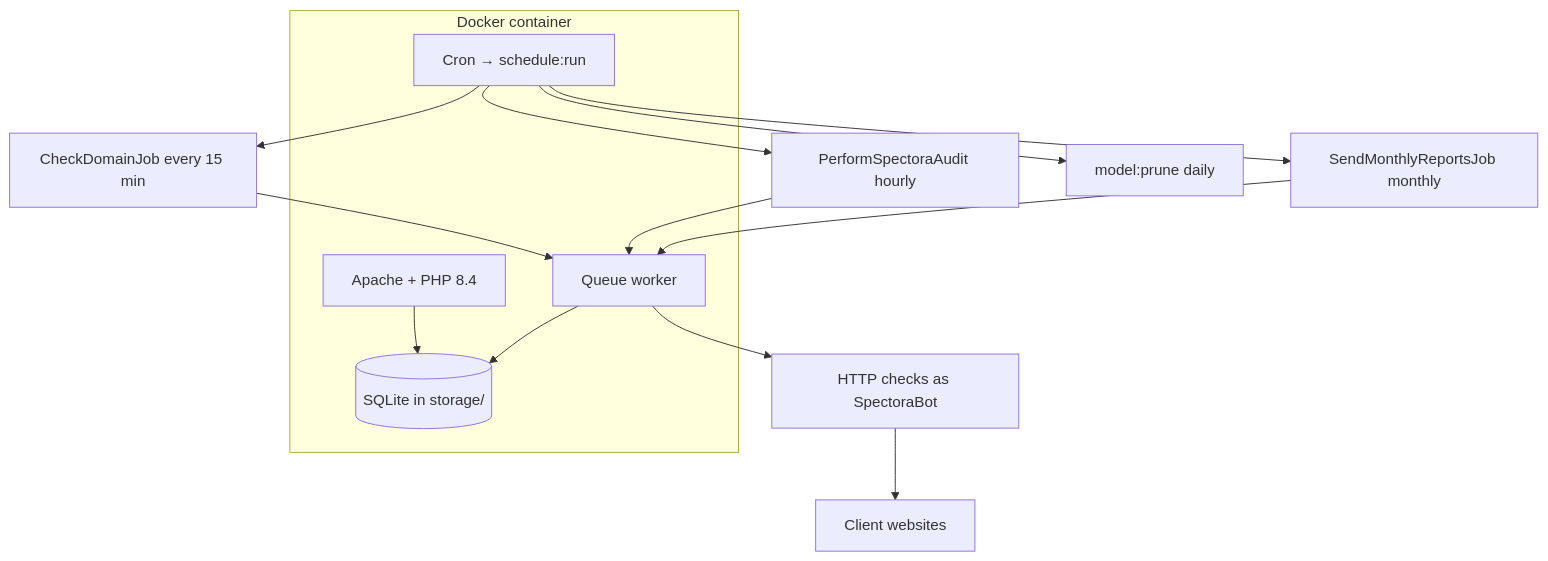
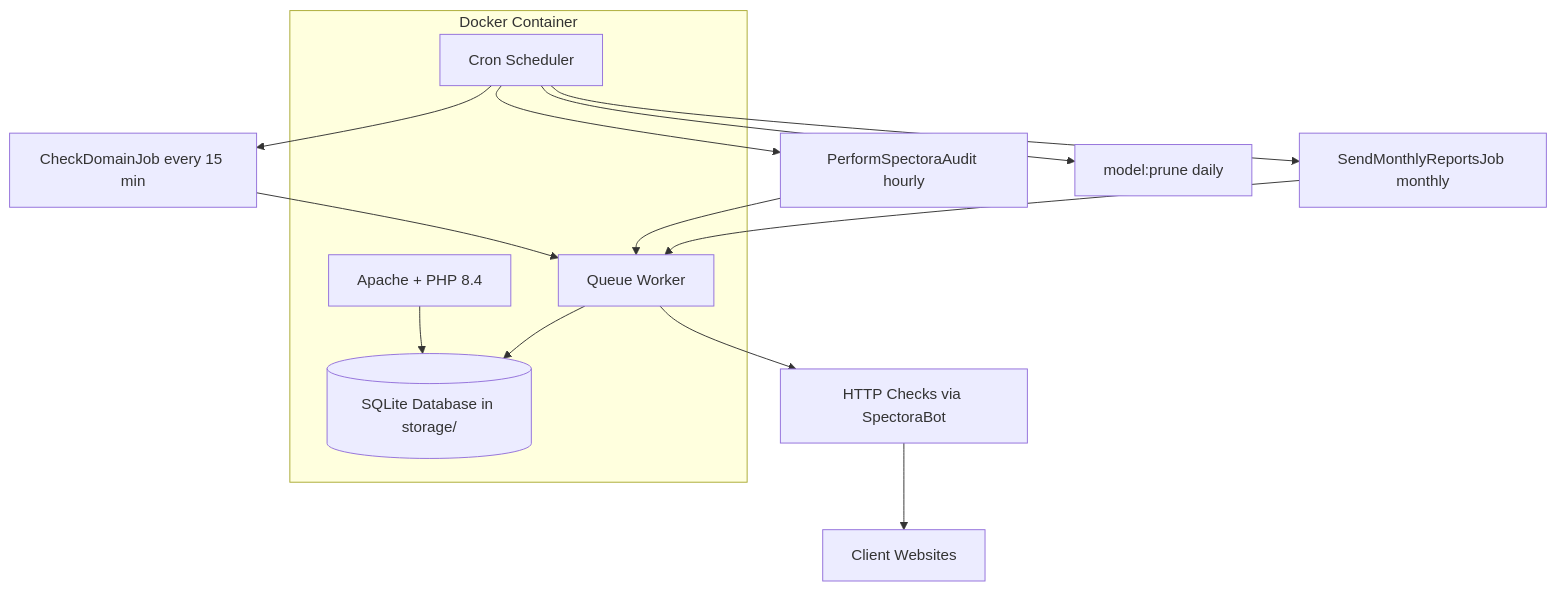
The diagram in README.md (Everlite/Spectora-Website-Monitoring-Suite), drawn with Mermaid before and after one commit. The commit also changed other lines of this file and 14 other files, not shown here.

````diff
--- a/README.md
+++ b/README.md
@@ -63,24 +62,24 @@
 ```mermaid
 graph TD
-    subgraph Docker container
+    subgraph Docker Container
         A[Apache + PHP 8.4]
-        B[Cron → schedule:run]
-        C[Queue worker]
-        D[(SQLite in storage/)]
+        B[Cron Scheduler]
+        C[Queue Worker]
+        D[(SQLite Database in storage/)]
     end
 
     B --> E[CheckDomainJob every 15 min]
     B --> F[PerformSpectoraAudit hourly]
     B --> G[SendMonthlyReportsJob monthly]
     B --> H[model:prune daily]
 
     E --> C
     F --> C
     G --> C
 
-    C --> I[HTTP checks as SpectoraBot]
-    I --> J[Client websites]
+    C --> I[HTTP Checks via SpectoraBot]
+    I --> J[Client Websites]
 
     A --> D
     C --> D
 ```
````
